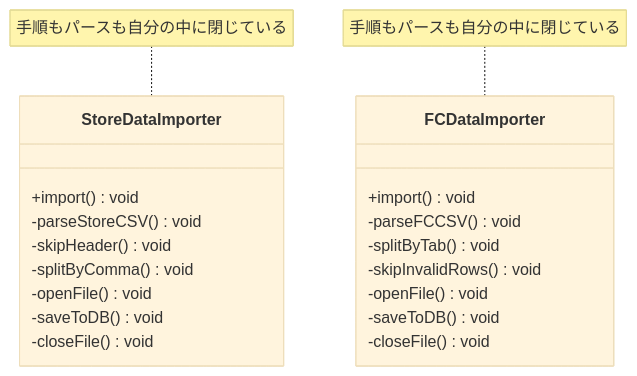
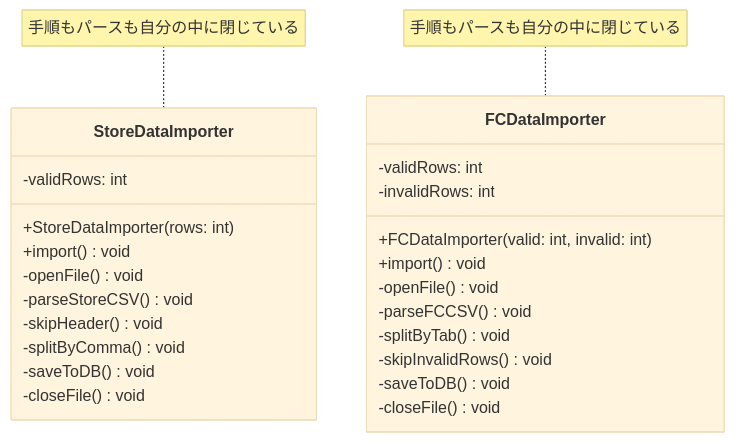
The first of 7 diagrams in kindle/design-patterns/output/chapter04.md (kumachan1101-pixel/DesignPattern), drawn with Mermaid (base theme) before and after one commit. The commit also changed other lines of this file and 3 other files, not shown here.

First line of the commit message:
fix: ch04-07 クラス図修正・フェーズ6ステップ1再構成

````diff
--- a/kindle/design-patterns/output/chapter04.md
+++ b/kindle/design-patterns/output/chapter04.md
@@ -72,24 +72,29 @@
 ```mermaid
 classDiagram
     class StoreDataImporter {
+        -validRows: int
+        +StoreDataImporter(rows: int)
         +import() void
+        -openFile() void
         -parseStoreCSV() void
         -skipHeader() void
         -splitByComma() void
-        -openFile() void
         -saveToDB() void
         -closeFile() void
     }
     class FCDataImporter {
+        -validRows: int
+        -invalidRows: int
+        +FCDataImporter(valid: int, invalid: int)
         +import() void
+        -openFile() void
         -parseFCCSV() void
         -splitByTab() void
         -skipInvalidRows() void
-        -openFile() void
         -saveToDB() void
         -closeFile() void
     }
     note for StoreDataImporter "手順もパースも自分の中に閉じている"
     note for FCDataImporter "手順もパースも自分の中に閉じている"
 
 ```
````
